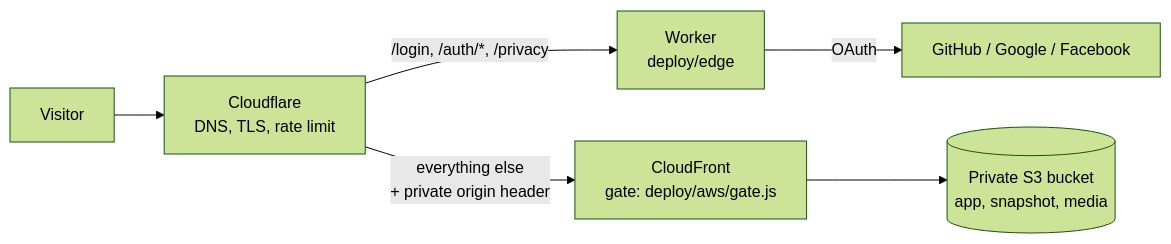
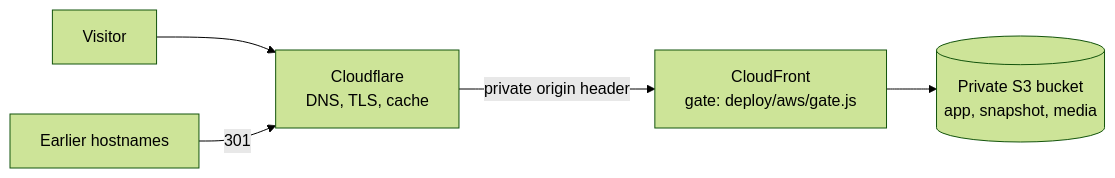
One commit to 1vecera/starwatch changed the diagram in deploy/README.md. Above: the diagram before and after it, drawn with Mermaid (forest theme). The commit also changed other lines of this file and 29 other files, not shown here.

````diff
--- a/deploy/README.md
+++ b/deploy/README.md
@@ -5,8 +5,7 @@
 ```mermaid
 flowchart LR
-  V[Visitor] --> CF[Cloudflare<br/>DNS, TLS, rate limit]
-  CF -- /login, /auth/*, /privacy --> W[Worker<br/>deploy/edge]
-  W -- OAuth --> P[GitHub / Google / Facebook]
-  CF -- everything else<br/>+ private origin header --> D[CloudFront<br/>gate: deploy/aws/gate.js]
+  V[Visitor] --> CF[Cloudflare<br/>DNS, TLS, cache]
+  CF -- private origin header --> D[CloudFront<br/>gate: deploy/aws/gate.js]
   D --> S3[(Private S3 bucket<br/>app, snapshot, media)]
+  O[Earlier hostnames] -- 301 --> CF
 ```
````
